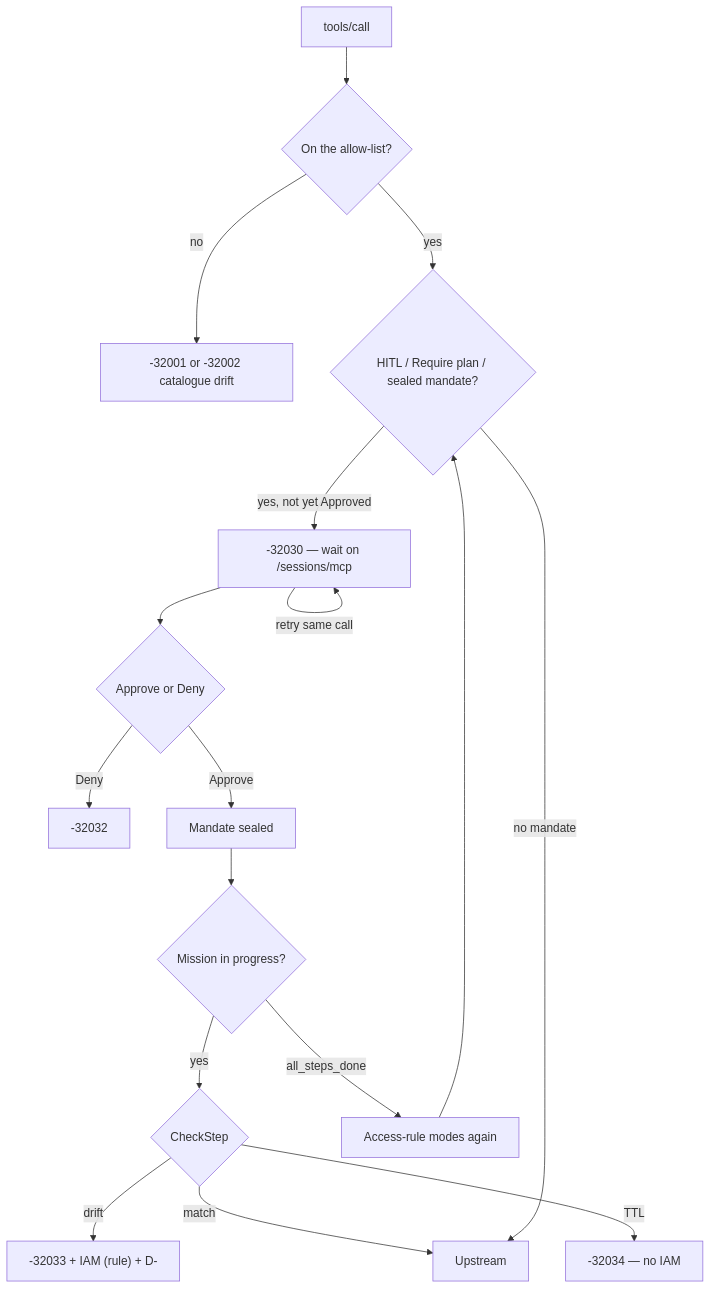
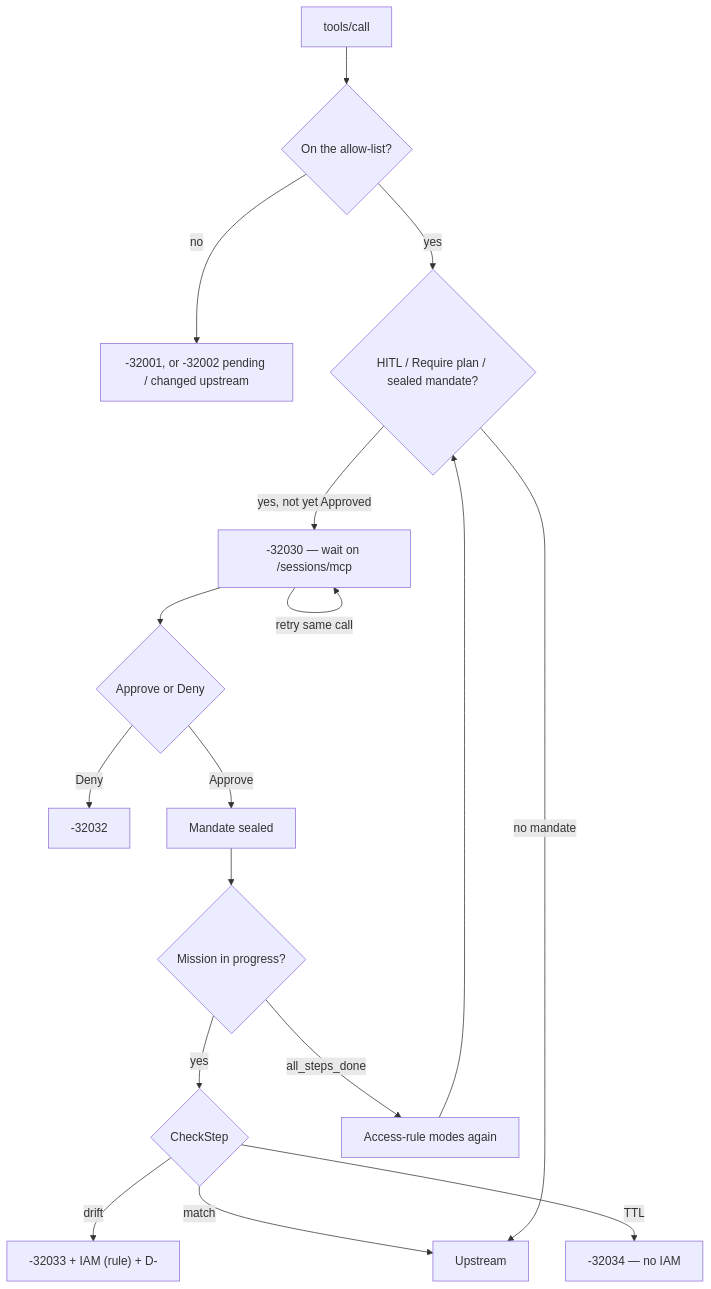
The fourth of 5 diagrams in docs/user/Vauban_MCP_User_Guide_EN.md (rbenaley/Vauban), drawn with Mermaid before and after one commit. The commit also changed other lines of this file and 192 other files, not shown here.

````diff
--- a/docs/user/Vauban_MCP_User_Guide_EN.md
+++ b/docs/user/Vauban_MCP_User_Guide_EN.md
@@ -117,19 +134,19 @@
 ```mermaid
 flowchart TD
   Call[tools/call] --> Allow{On the allow-list?}
-  Allow -->|no| E32001["-32001 or -32002 catalogue drift"]
+  Allow -->|no| E32001["-32001, or -32002 pending / changed upstream"]
   Allow -->|yes| Hitl{HITL / Require plan / sealed mandate?}
   Hitl -->|yes, not yet Approved| Wait["-32030 — wait on /sessions/mcp"]
   Wait -->|retry same call| Wait
   Wait --> Dec{Approve or Deny}
   Dec -->|Deny| E32032["-32032"]
   Dec -->|Approve| Seal[Mandate sealed]
   Seal --> Live{Mission in progress?}
   Live -->|yes| CS{CheckStep}
   CS -->|drift| E32033["-32033 + IAM (rule) + D-"]
   CS -->|match| Up[Upstream]
   CS -->|TTL| E32034["-32034 — no IAM"]
   Live -->|all_steps_done| Modes[Access-rule modes again]
   Modes --> Hitl
   Hitl -->|no mandate| Up
 ```
````
